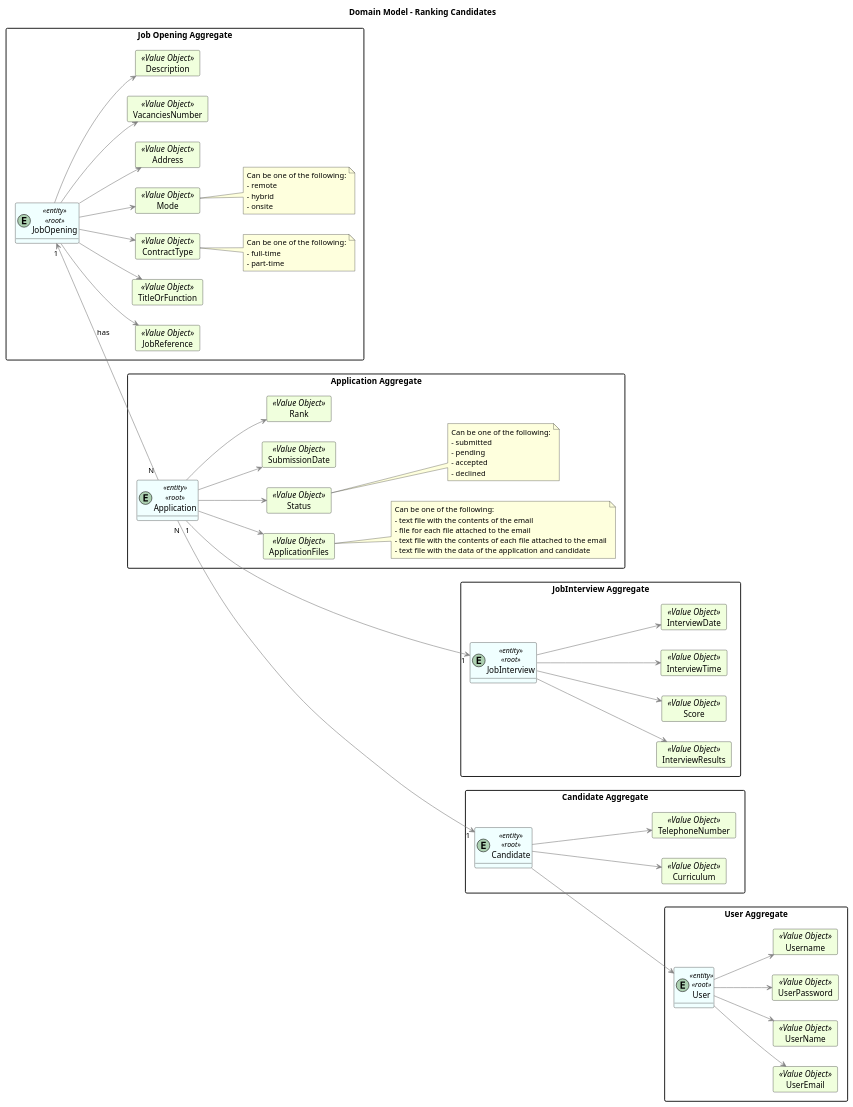
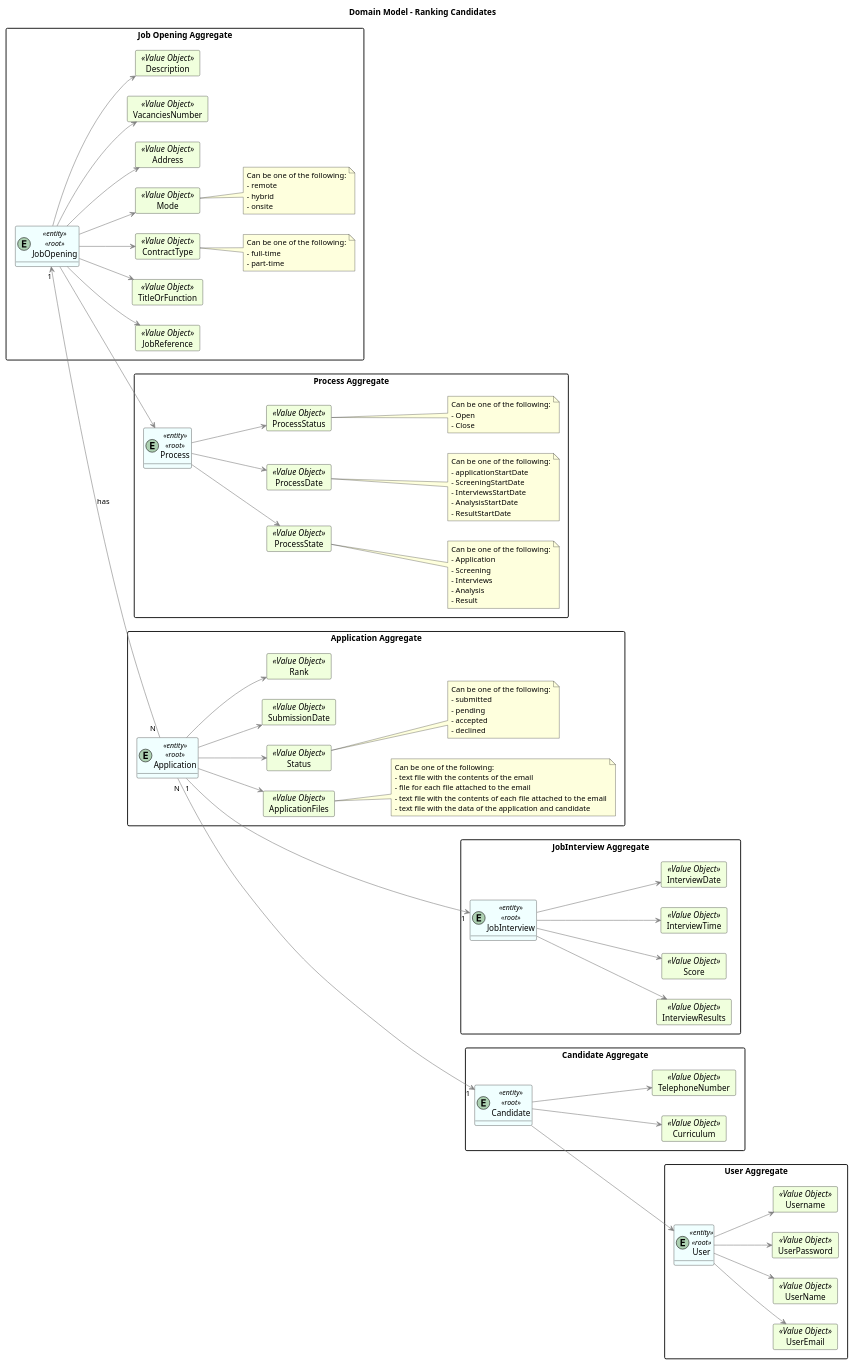
Before and after one commit to MiguelCardoso77/LAPR4: the diagram in docs/SprintC/rank-candidates-for-job-opening/domain-model.puml, drawn with PlantUML. The commit also changed 4 other files, not shown here.

```diff
--- a/docs/SprintC/rank-candidates-for-job-opening/domain-model.puml
+++ b/docs/SprintC/rank-candidates-for-job-opening/domain-model.puml
@@ -1,156 +1,196 @@
 @startuml
 hide methods
 left to right direction
 
 Title "Domain Model - Ranking Candidates"
 
 skinparam class {
     LifeLineBorderColor DarkBlue
     LifeLineBackgroundColor APPLICATION
     BackgroundColor #F0FFFF
     ArrowColor grey
     BorderColor black
 }
 
 skinparam packageStyle rectangle
 
 skinparam card {
     LifeLineBorderColor Green
     LifeLineBackgroundColor APPLICATION
     BackgroundColor #F0FFDD
     ArrowColor DarkGrey
     BorderColor Black
 }
 
 package "Job Opening Aggregate"{
 entity JobOpening <<entity>><<root>>
 
     card JobReference <<Value Object>> {
     }
     card TitleOrFunction <<Value Object>> {
     }
     card ContractType <<Value Object>> {
     }
     card Mode <<Value Object>> {
     }
     card Address <<Value Object>> {
     }
     card VacanciesNumber <<Value Object>> {
     }
     card Description <<Value Object>> {
     }
 
     JobOpening --> JobReference
     JobOpening --> TitleOrFunction
     JobOpening --> ContractType
     JobOpening --> Mode
     JobOpening --> Address
     JobOpening --> VacanciesNumber
     JobOpening --> Description
 
     note right of ContractType
         Can be one of the following:
         - full-time
         - part-time
     end note
 
     note right of Mode
          Can be one of the following:
          - remote
          - hybrid
          - onsite
     end note
 
+}
+
+package "Process Aggregate"{
+entity Process <<entity>><<root>>
+
+    card ProcessState <<Value Object>> {
+    }
+    card ProcessDate <<Value Object>> {
+    }
+    card ProcessStatus <<Value Object>>{
+    }
+
+    Process --> ProcessState
+    Process --> ProcessDate
+    Process --> ProcessStatus
+
+    note right of ProcessDate
+        Can be one of the following:
+        - applicationStartDate
+        - ScreeningStartDate
+        - InterviewsStartDate
+        - AnalysisStartDate
+        - ResultStartDate
+    end note
+
+    note right of ProcessState
+        Can be one of the following:
+        - Application
+        - Screening
+        - Interviews
+        - Analysis
+        - Result
+    end note
+
+    note right of ProcessStatus
+        Can be one of the following:
+        - Open
+        - Close
+    end note
 }
 
 package "JobInterview Aggregate"{
 entity JobInterview <<entity>><<root>>
 
      card InterviewResults <<Value Object>> {
      }
      card Score <<Value Object>> {
      }
      card InterviewTime <<Value Object>> {
      }
      card InterviewDate <<Value Object>> {
      }
 
      JobInterview --> InterviewResults
      JobInterview --> Score
      JobInterview --> InterviewTime
      JobInterview --> InterviewDate
 
 }
 
 package "Application Aggregate"{
 entity Application <<entity>><<root>>
 
     card ApplicationFiles <<Value Object>>{
     }
     card Status <<Value Object>>{
     }
     card SubmissionDate <<Value Object>>{
     }
     card Rank <<Value Object>>{
     }
 
     Application --> ApplicationFiles
     Application --> Status
     Application --> SubmissionDate
     Application --> Rank
 
     note right of Status
         Can be one of the following:
         - submitted
         - pending
         - accepted
         - declined
     end note
 
     note right of ApplicationFiles
         Can be one of the following:
         - text file with the contents of the email
         - file for each file attached to the email
         - text file with the contents of each file attached to the email
         - text file with the data of the application and candidate
     end note
 
 }
 
 package "Candidate Aggregate"{
 entity Candidate <<entity>><<root>>
 
     card Curriculum <<Value Object>> {
     }
     card TelephoneNumber <<Value Object>>{
     }
 
     Candidate --> Curriculum
     Candidate --> TelephoneNumber
 }
 
 package "User Aggregate"{
 entity User <<entity>><<root>>
 
     card UserEmail <<Value Object>> {
     }
     card UserName <<Value Object>> {
     }
     card UserPassword <<Value Object>> {
     }
     card Username<<Value Object>> {
     }
 
     User --> UserEmail
     User --> UserName
     User --> Username
     User --> UserPassword
 
 }
 
 Application "1" ---> "1" JobInterview
 JobOpening "1" <-- "N " Application : has
 Application "N" ---> "1" Candidate
 Candidate --> User
+JobOpening  --> Process
 
 @enduml
```
